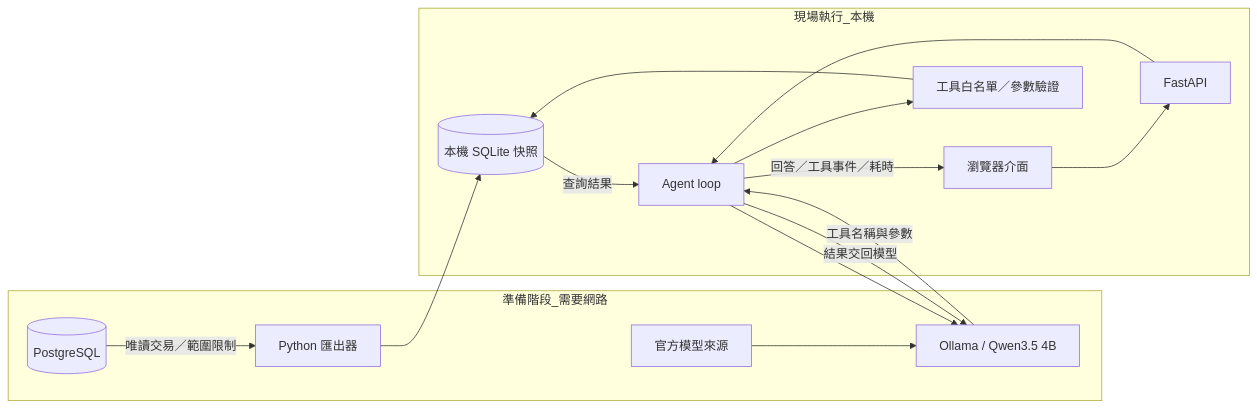
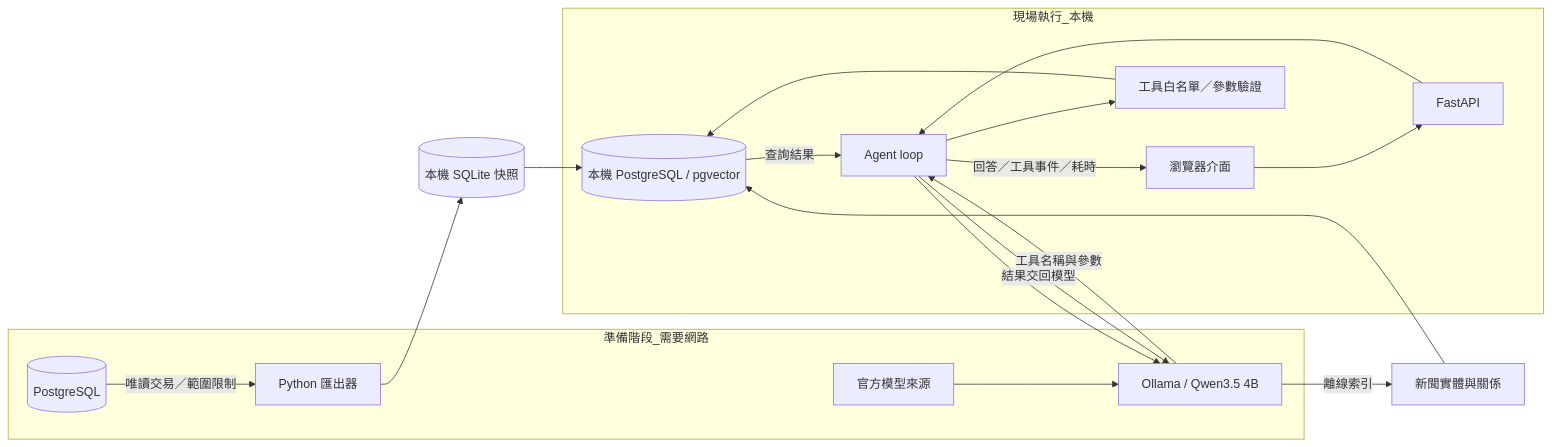
One commit to zunmatched/ollama_test changed the diagram in docs/ARCHITECTURE.md. Above: the diagram before and after it, drawn with Mermaid. The commit also changed other lines of this file and 15 other files, not shown here.

Commit message:
Add local news graph and semantic retrieval

````diff
--- a/docs/ARCHITECTURE.md
+++ b/docs/ARCHITECTURE.md
@@ -5,19 +5,22 @@
 ```mermaid
 flowchart LR
   subgraph 準備階段_需要網路
     PG[(PostgreSQL)] -->|唯讀交易／範圍限制| Export[Python 匯出器]
     Registry[官方模型來源] --> Ollama[Ollama / Qwen3.5 4B]
   end
-  Export --> DB[(本機 SQLite 快照)]
+  Export --> Snapshot[(本機 SQLite 快照)]
+  Snapshot --> DB[(本機 PostgreSQL / pgvector)]
+  Ollama -->|離線索引| Graph[新聞實體與關係]
+  Graph --> DB
   subgraph 現場執行_本機
     UI[瀏覽器介面] --> API[FastAPI]
     API --> Loop[Agent loop]
     Loop --> Ollama
     Ollama -->|工具名稱與參數| Loop
     Loop --> Validate[工具白名單／參數驗證]
     Validate --> DB
     DB -->|查詢結果| Loop
     Loop -->|結果交回模型| Ollama
     Loop -->|回答／工具事件／耗時| UI
   end
 ```
````
